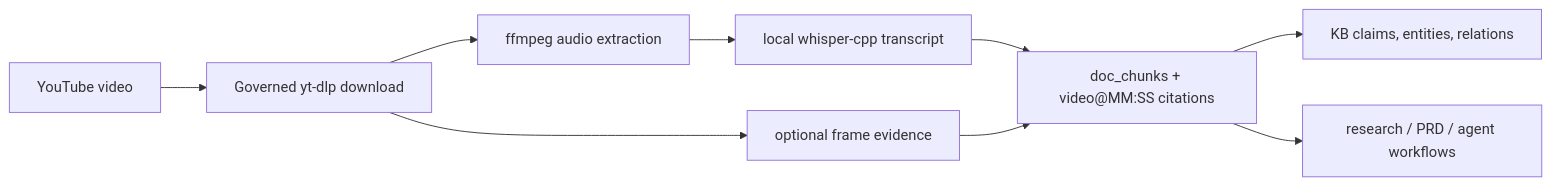
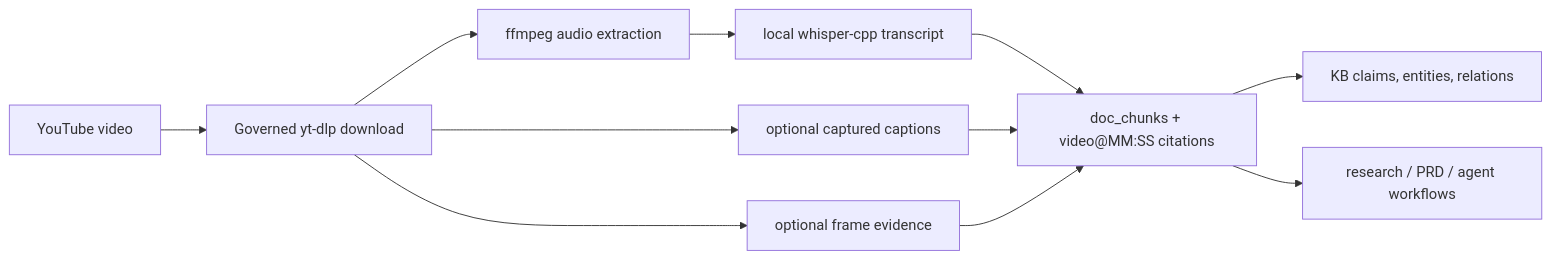
The diagram in docs/cookbook/video-evidence-youtube-whisper.md (ste-bah/archon-cli), drawn with Mermaid before and after one commit. The commit also changed other lines of this file and 34 other files, not shown here.

Commit message:
Release 1.3.6 video evidence and telemetry

````diff
--- a/docs/cookbook/video-evidence-youtube-whisper.md
+++ b/docs/cookbook/video-evidence-youtube-whisper.md
@@ -9,11 +9,13 @@
 ```mermaid
 flowchart LR
     VIDEO["YouTube video"] --> DOWNLOAD["Governed yt-dlp download"]
-    DOWNLOAD --> AUDIO["ffmpeg audio extraction"]
-    AUDIO --> ASR["local whisper-cpp transcript"]
-    DOWNLOAD --> FRAMES["optional frame evidence"]
-    ASR --> DOCS["doc_chunks + video@MM:SS citations"]
-    FRAMES --> DOCS
-    DOCS --> KB["KB claims, entities, relations"]
-    DOCS --> PIPELINE["research / PRD / agent workflows"]
+DOWNLOAD --> AUDIO["ffmpeg audio extraction"]
+AUDIO --> ASR["local whisper-cpp transcript"]
+DOWNLOAD --> CAPTIONS["optional captured captions"]
+DOWNLOAD --> FRAMES["optional frame evidence"]
+ASR --> DOCS["doc_chunks + video@MM:SS citations"]
+CAPTIONS --> DOCS
+FRAMES --> DOCS
+DOCS --> KB["KB claims, entities, relations"]
+DOCS --> PIPELINE["research / PRD / agent workflows"]
 ```
````
